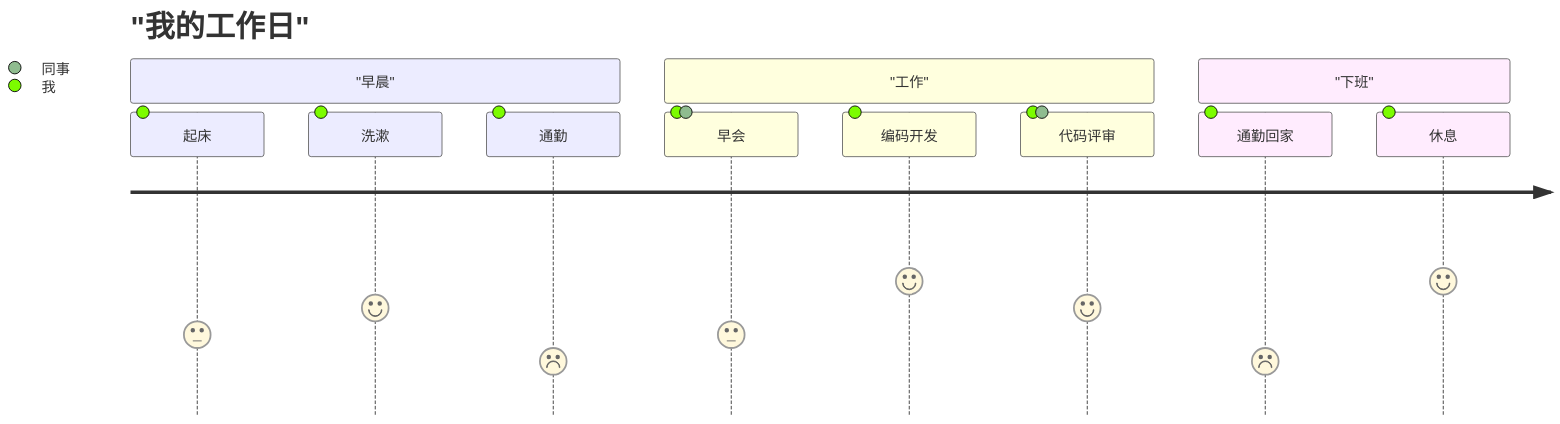
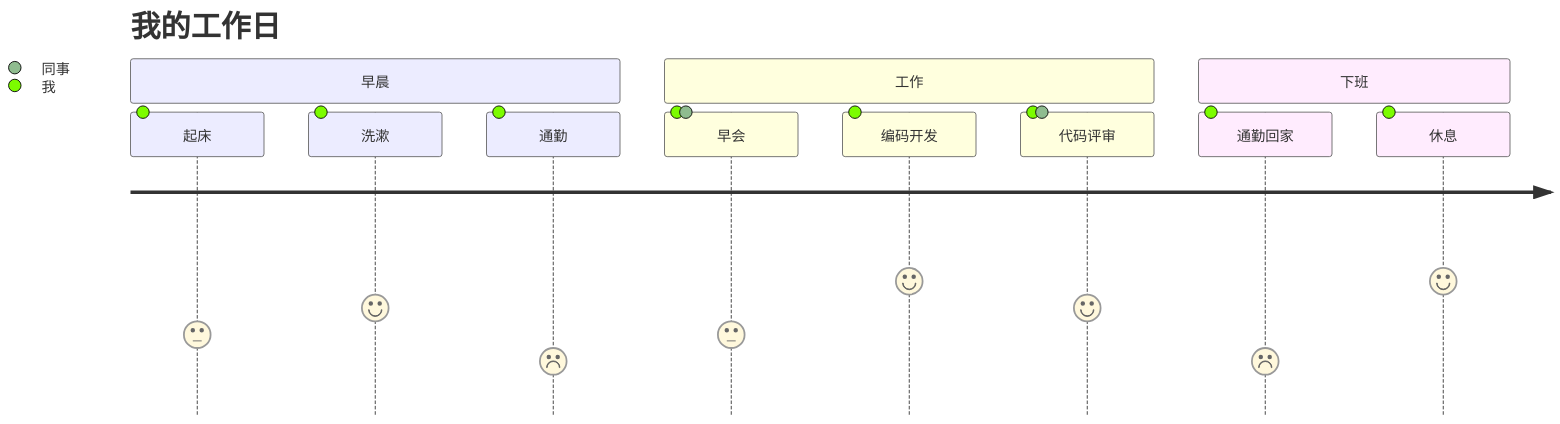
One commit to xinetzone/SpecWeave changed the sixth of 10 diagrams in .agents/docs/knowledge/learning/04-docs-markup-tooling/mermaid-wiki/05-aggregate-diagrams.md. Above: the diagram before and after it, drawn with Mermaid. The commit also changed other lines of this file and 4 other files, not shown here.

Commit message:
docs(mermaid): 修复mermaid-wiki语法错误，沉淀引号规则清单 [prevent: rule-update]

````diff
--- a/.agents/docs/knowledge/learning/04-docs-markup-tooling/mermaid-wiki/05-aggregate-diagrams.md
+++ b/.agents/docs/knowledge/learning/04-docs-markup-tooling/mermaid-wiki/05-aggregate-diagrams.md
@@ -140,15 +140,15 @@
 ```mermaid
 journey
-    title "我的工作日"
-    section "早晨"
+    title 我的工作日
+    section 早晨
     起床: 3: 我
     洗漱: 4: 我
     通勤: 2: 我
-    section "工作"
+    section 工作
     早会: 3: 我, 同事
     编码开发: 5: 我
     代码评审: 4: 我, 同事
-    section "下班"
+    section 下班
     通勤回家: 2: 我
     休息: 5: 我
 ```
````
